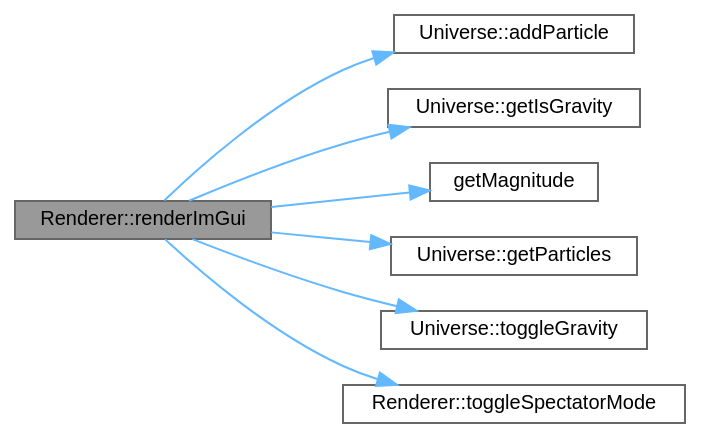
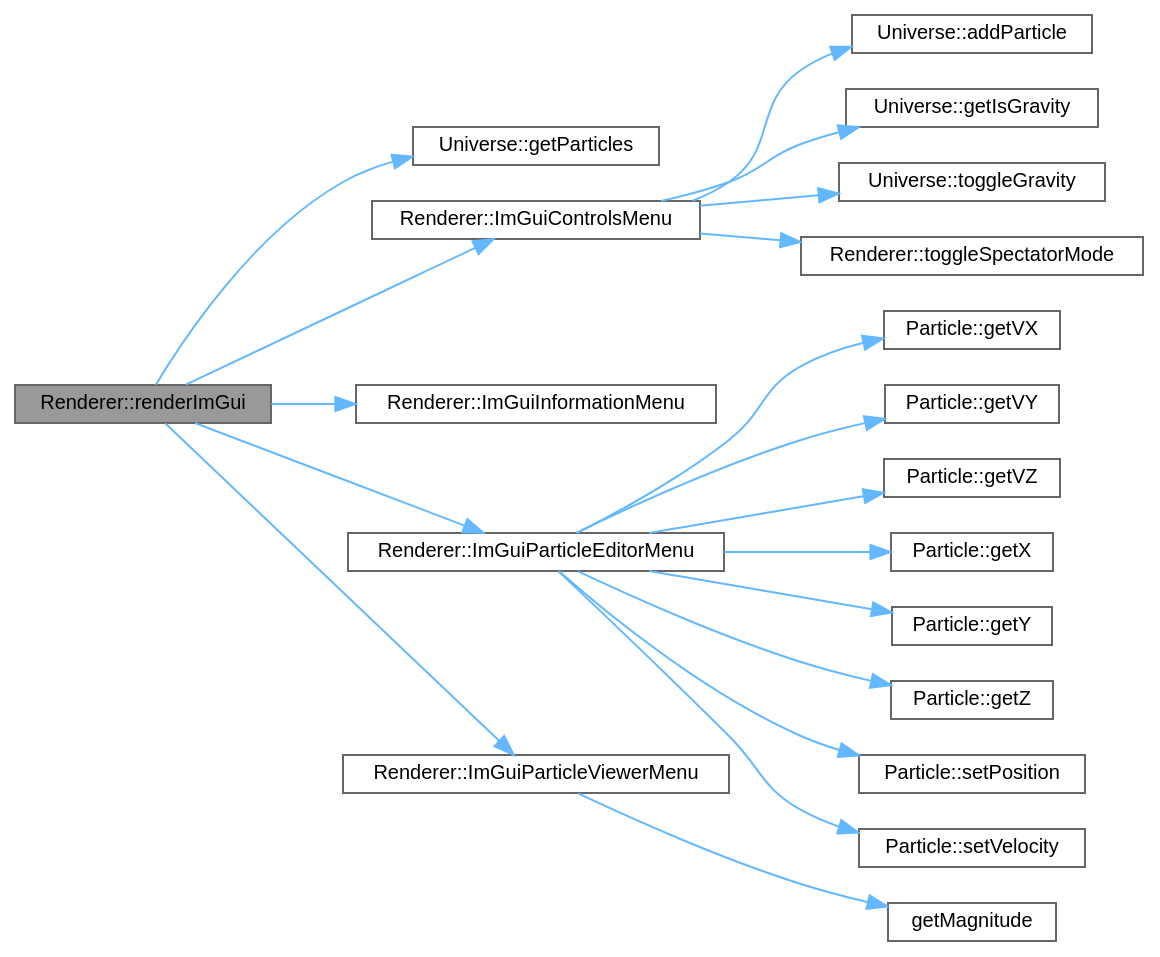
The diagram in docs/classRenderer_ac606d439bdc8f139f40b8ef1a1e18ea8_cgraph.dot (Kojittsu/Particles_Simulation), drawn with Graphviz before and after one commit. The commit also changed 55 other files, not shown here.

```diff
--- a/docs/classRenderer_ac606d439bdc8f139f40b8ef1a1e18ea8_cgraph.dot
+++ b/docs/classRenderer_ac606d439bdc8f139f40b8ef1a1e18ea8_cgraph.dot
@@ -1,21 +1,45 @@
 digraph "Renderer::renderImGui"
 {
  // LATEX_PDF_SIZE
   bgcolor="transparent";
   edge [fontname=Helvetica,fontsize=10,labelfontname=Helvetica,labelfontsize=10];
   node [fontname=Helvetica,fontsize=10,shape=box,height=0.2,width=0.4];
   rankdir="LR";
   Node1 [id="Node000001",label="Renderer::renderImGui",height=0.2,width=0.4,color="gray40", fillcolor="grey60", style="filled", fontcolor="black",tooltip="Render Dear ImGui."];
   Node1 -> Node2 [id="edge1_Node000001_Node000002",color="steelblue1",style="solid",tooltip=" "];
-  Node2 [id="Node000002",label="Universe::addParticle",height=0.2,width=0.4,color="grey40", fillcolor="white", style="filled",URL="$classUniverse.html#a8bf0db11c6ddafbc8df94f9183eaa5ee",tooltip="Adds a particle."];
+  Node2 [id="Node000002",label="Universe::getParticles",height=0.2,width=0.4,color="grey40", fillcolor="white", style="filled",URL="$classUniverse.html#a0c0de5debd9d56b5c7bfee83dfa02c54",tooltip="Return the vector containing all particles."];
   Node1 -> Node3 [id="edge2_Node000001_Node000003",color="steelblue1",style="solid",tooltip=" "];
-  Node3 [id="Node000003",label="Universe::getIsGravity",height=0.2,width=0.4,color="grey40", fillcolor="white", style="filled",URL="$classUniverse.html#a42241ec740c3d45fb3ef164cd59c0af1",tooltip="Return the gravitational forces state."];
-  Node1 -> Node4 [id="edge3_Node000001_Node000004",color="steelblue1",style="solid",tooltip=" "];
-  Node4 [id="Node000004",label="getMagnitude",height=0.2,width=0.4,color="grey40", fillcolor="white", style="filled",URL="$array_8cpp.html#a0937c26777921806631f5150d92e03f8",tooltip=" "];
-  Node1 -> Node5 [id="edge4_Node000001_Node000005",color="steelblue1",style="solid",tooltip=" "];
-  Node5 [id="Node000005",label="Universe::getParticles",height=0.2,width=0.4,color="grey40", fillcolor="white", style="filled",URL="$classUniverse.html#ab0687fee13563d774a395978415fb277",tooltip="Return the vector containing all particles."];
-  Node1 -> Node6 [id="edge5_Node000001_Node000006",color="steelblue1",style="solid",tooltip=" "];
+  Node3 [id="Node000003",label="Renderer::ImGuiControlsMenu",height=0.2,width=0.4,color="grey40", fillcolor="white", style="filled",URL="$classRenderer.html#a94b77c39f65ff2ac734c8c8767e49cca",tooltip="Render control ImGui menu."];
+  Node3 -> Node4 [id="edge3_Node000003_Node000004",color="steelblue1",style="solid",tooltip=" "];
+  Node4 [id="Node000004",label="Universe::addParticle",height=0.2,width=0.4,color="grey40", fillcolor="white", style="filled",URL="$classUniverse.html#a8bf0db11c6ddafbc8df94f9183eaa5ee",tooltip="Adds a particle."];
+  Node3 -> Node5 [id="edge4_Node000003_Node000005",color="steelblue1",style="solid",tooltip=" "];
+  Node5 [id="Node000005",label="Universe::getIsGravity",height=0.2,width=0.4,color="grey40", fillcolor="white", style="filled",URL="$classUniverse.html#a42241ec740c3d45fb3ef164cd59c0af1",tooltip="Return the gravitational forces state."];
+  Node3 -> Node6 [id="edge5_Node000003_Node000006",color="steelblue1",style="solid",tooltip=" "];
   Node6 [id="Node000006",label="Universe::toggleGravity",height=0.2,width=0.4,color="grey40", fillcolor="white", style="filled",URL="$classUniverse.html#ac40eb3995b94e95c20dc116376573b68",tooltip="Toggle the gravitational forces."];
-  Node1 -> Node7 [id="edge6_Node000001_Node000007",color="steelblue1",style="solid",tooltip=" "];
+  Node3 -> Node7 [id="edge6_Node000003_Node000007",color="steelblue1",style="solid",tooltip=" "];
   Node7 [id="Node000007",label="Renderer::toggleSpectatorMode",height=0.2,width=0.4,color="grey40", fillcolor="white", style="filled",URL="$classRenderer.html#ae93df4641ab17df5ff123bd72d1a1a53",tooltip="Toggle spectator mode. The spectator mode will take into account keyboard and mouse inputs for camera..."];
+  Node1 -> Node8 [id="edge7_Node000001_Node000008",color="steelblue1",style="solid",tooltip=" "];
+  Node8 [id="Node000008",label="Renderer::ImGuiInformationMenu",height=0.2,width=0.4,color="grey40", fillcolor="white", style="filled",URL="$classRenderer.html#a7d3a7f26a095279b8b84b5971789b77c",tooltip="Render information ImGui menu."];
+  Node1 -> Node9 [id="edge8_Node000001_Node000009",color="steelblue1",style="solid",tooltip=" "];
+  Node9 [id="Node000009",label="Renderer::ImGuiParticleEditorMenu",height=0.2,width=0.4,color="grey40", fillcolor="white", style="filled",URL="$classRenderer.html#aa4de3e563b3963ead9703070a7709a68",tooltip="Render particles editor ImGui menu."];
+  Node9 -> Node10 [id="edge9_Node000009_Node000010",color="steelblue1",style="solid",tooltip=" "];
+  Node10 [id="Node000010",label="Particle::getVX",height=0.2,width=0.4,color="grey40", fillcolor="white", style="filled",URL="$classParticle.html#a9bd0ff2641e85db3b254e70e322b6c86",tooltip="Gets the x coordinate of the velocity."];
+  Node9 -> Node11 [id="edge10_Node000009_Node000011",color="steelblue1",style="solid",tooltip=" "];
+  Node11 [id="Node000011",label="Particle::getVY",height=0.2,width=0.4,color="grey40", fillcolor="white", style="filled",URL="$classParticle.html#ad5b65ef9a6eacebaf0cb97037297632a",tooltip="Gets the y coordinate of the velocity."];
+  Node9 -> Node12 [id="edge11_Node000009_Node000012",color="steelblue1",style="solid",tooltip=" "];
+  Node12 [id="Node000012",label="Particle::getVZ",height=0.2,width=0.4,color="grey40", fillcolor="white", style="filled",URL="$classParticle.html#ab1edab7405206c44f4d7e5cba85d85aa",tooltip="Gets the z coordinate of the velocity."];
+  Node9 -> Node13 [id="edge12_Node000009_Node000013",color="steelblue1",style="solid",tooltip=" "];
+  Node13 [id="Node000013",label="Particle::getX",height=0.2,width=0.4,color="grey40", fillcolor="white", style="filled",URL="$classParticle.html#a2c862de1c75de97928094eef028ce16e",tooltip="Gets the x coordinate of the posision."];
+  Node9 -> Node14 [id="edge13_Node000009_Node000014",color="steelblue1",style="solid",tooltip=" "];
+  Node14 [id="Node000014",label="Particle::getY",height=0.2,width=0.4,color="grey40", fillcolor="white", style="filled",URL="$classParticle.html#a31f1e20ba7d97c41d40cf6566a98621c",tooltip="Gets the y coordinate of the posision."];
+  Node9 -> Node15 [id="edge14_Node000009_Node000015",color="steelblue1",style="solid",tooltip=" "];
+  Node15 [id="Node000015",label="Particle::getZ",height=0.2,width=0.4,color="grey40", fillcolor="white", style="filled",URL="$classParticle.html#a92e5a36ac01e9ab499ead3524e72b039",tooltip="Gets the y coordinate of the posision."];
+  Node9 -> Node16 [id="edge15_Node000009_Node000016",color="steelblue1",style="solid",tooltip=" "];
+  Node16 [id="Node000016",label="Particle::setPosition",height=0.2,width=0.4,color="grey40", fillcolor="white", style="filled",URL="$classParticle.html#a23ac81778f2df7c57abe4770401522fb",tooltip="Sets the position."];
+  Node9 -> Node17 [id="edge16_Node000009_Node000017",color="steelblue1",style="solid",tooltip=" "];
+  Node17 [id="Node000017",label="Particle::setVelocity",height=0.2,width=0.4,color="grey40", fillcolor="white", style="filled",URL="$classParticle.html#ac224e83ca5fbcd2bcbaa98741cddcaa8",tooltip="Sets the velocity."];
+  Node1 -> Node18 [id="edge17_Node000001_Node000018",color="steelblue1",style="solid",tooltip=" "];
+  Node18 [id="Node000018",label="Renderer::ImGuiParticleViewerMenu",height=0.2,width=0.4,color="grey40", fillcolor="white", style="filled",URL="$classRenderer.html#a1619af7af1f17eca1717f1b6acf22270",tooltip="Render particles viewer ImGui menu."];
+  Node18 -> Node19 [id="edge18_Node000018_Node000019",color="steelblue1",style="solid",tooltip=" "];
+  Node19 [id="Node000019",label="getMagnitude",height=0.2,width=0.4,color="grey40", fillcolor="white", style="filled",URL="$array_8cpp.html#a0937c26777921806631f5150d92e03f8",tooltip=" "];
 }
```
